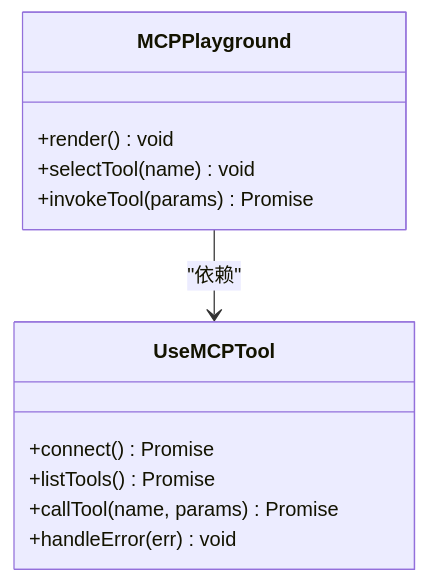
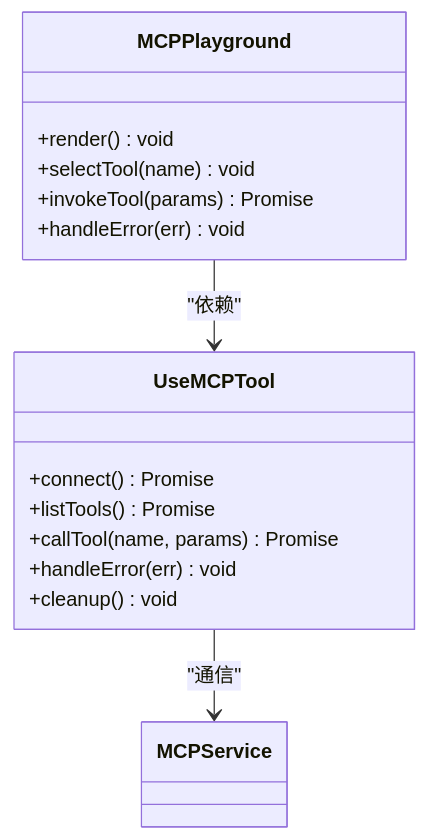
One commit to Leslie-Chuan/classic-example changed the fourth of 7 diagrams in .qoder/repowiki/zh/content/项目概览.md. Above: the diagram before and after it, drawn with Mermaid. The commit also changed other lines of this file and 45 other files, not shown here.

````diff
--- a/.qoder/repowiki/zh/content/项目概览.md
+++ b/.qoder/repowiki/zh/content/项目概览.md
@@ -196,15 +216,18 @@
 ```mermaid
 classDiagram
 class MCPPlayground {
 +render() void
 +selectTool(name) void
 +invokeTool(params) Promise
++handleError(err) void
 }
 class UseMCPTool {
 +connect() Promise
 +listTools() Promise
 +callTool(name, params) Promise
 +handleError(err) void
++cleanup() void
 }
 MCPPlayground --> UseMCPTool : "依赖"
+UseMCPTool --> MCPService : "通信"
 ```
````
